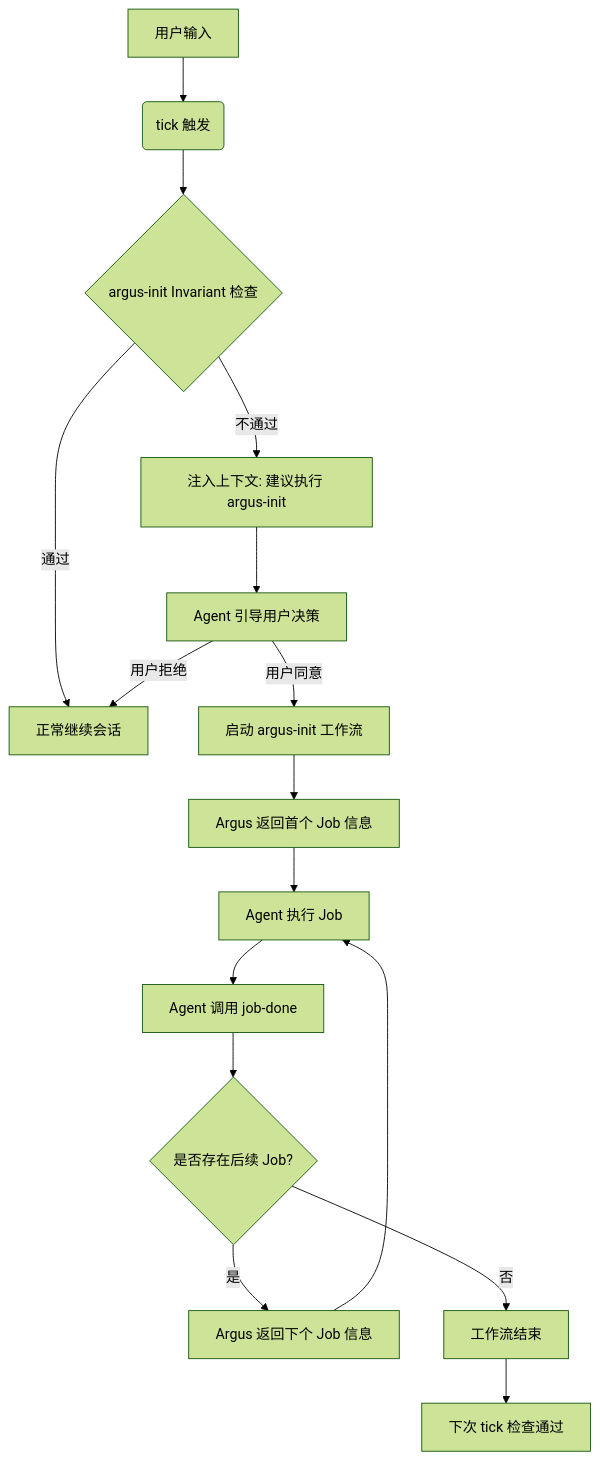
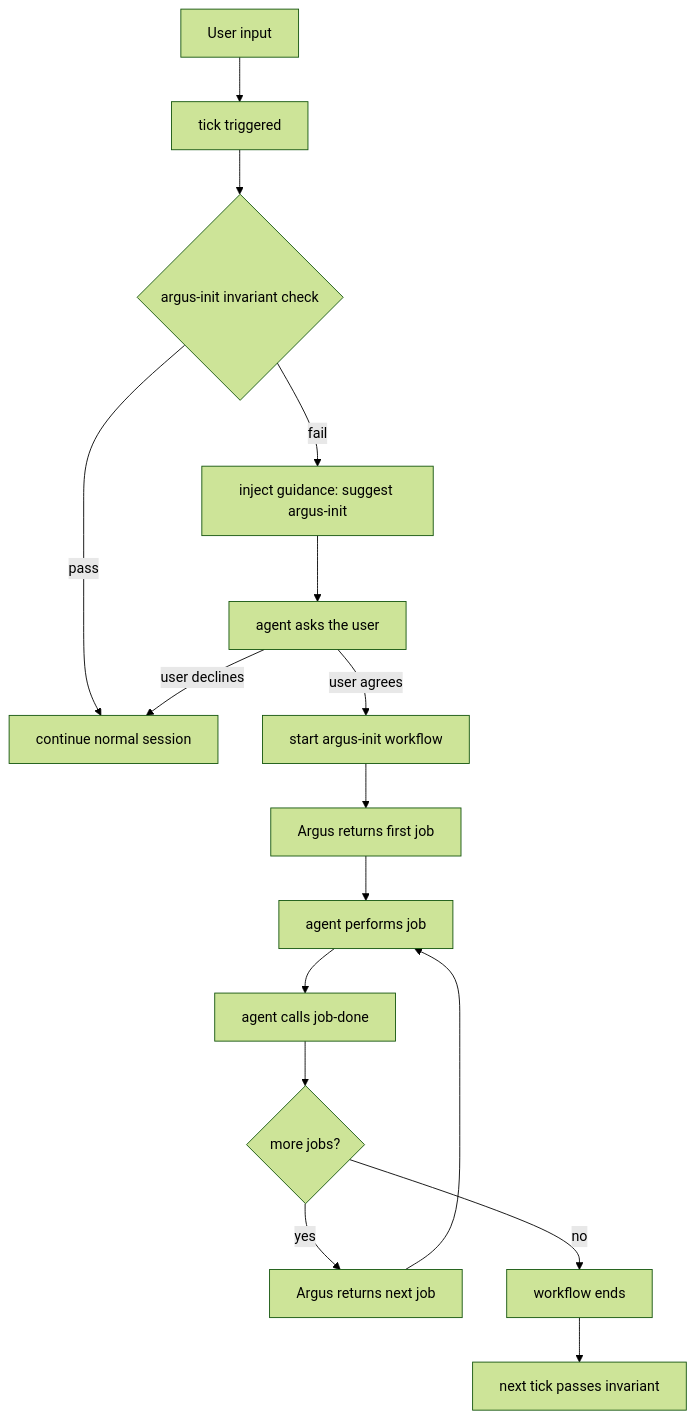
One commit to nextzhou/argus changed the diagram in docs/technical-invariant.md. Above: the diagram before and after it, drawn with Mermaid (forest theme). The commit also changed other lines of this file and 21 other files, not shown here.

````diff
--- a/docs/technical-invariant.md
+++ b/docs/technical-invariant.md
@@ -330,18 +332,18 @@
 ```mermaid
 graph TD
-    A[用户输入] --> B(tick 触发)
-    B --> C{argus-init Invariant 检查}
-    C -- 通过 --> D[正常继续会话]
-    C -- 不通过 --> E[注入上下文: 建议执行 argus-init]
-    E --> F[Agent 引导用户决策]
-    F -- 用户拒绝 --> D
-    F -- 用户同意 --> G[启动 argus-init 工作流]
-    G --> H[Argus 返回首个 Job 信息]
-    H --> I[Agent 执行 Job]
-    I --> J[Agent 调用 job-done]
-    J --> K{是否存在后续 Job?}
-    K -- 是 --> L[Argus 返回下个 Job 信息]
+    A[User input] --> B[tick triggered]
+    B --> C{argus-init invariant check}
+    C -- pass --> D[continue normal session]
+    C -- fail --> E[inject guidance: suggest argus-init]
+    E --> F[agent asks the user]
+    F -- user declines --> D
+    F -- user agrees --> G[start argus-init workflow]
+    G --> H[Argus returns first job]
+    H --> I[agent performs job]
+    I --> J[agent calls job-done]
+    J --> K{more jobs?}
+    K -- yes --> L[Argus returns next job]
     L --> I
-    K -- 否 --> M[工作流结束]
-    M --> N[下次 tick 检查通过]
+    K -- no --> M[workflow ends]
+    M --> N[next tick passes invariant]
 ```
````
